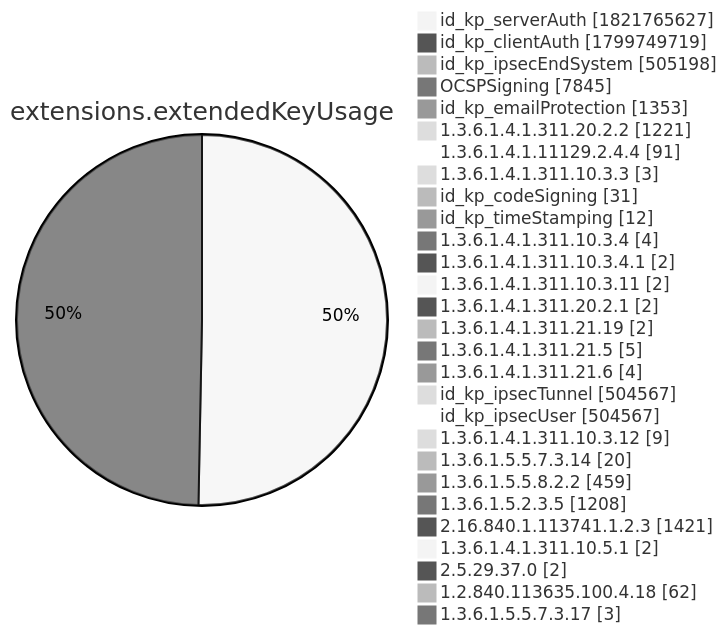
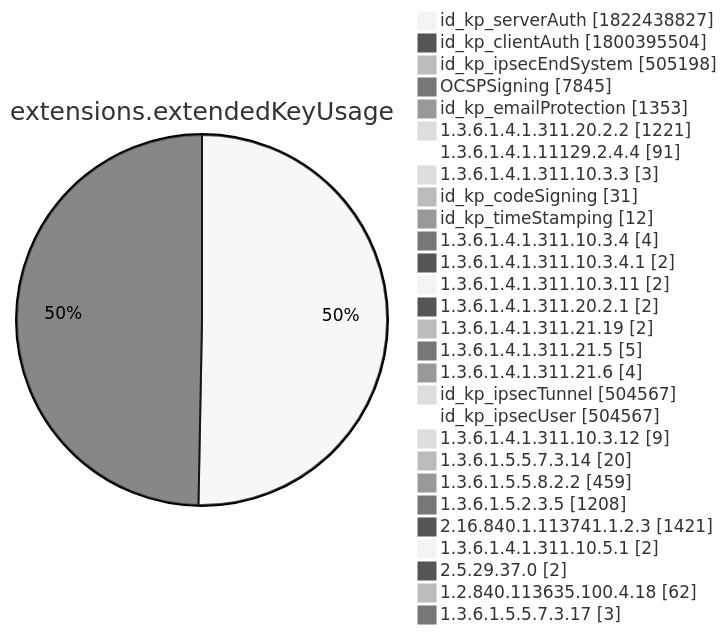
Before and after one commit to christiankrug/ctmonitor_visualization: diagram 12 of 15 in xenon2022/README.md, drawn with Mermaid (neutral theme). The commit also changed other lines of this file, not shown here.

````diff
--- a/xenon2022/README.md
+++ b/xenon2022/README.md
@@ -3895,32 +3895,32 @@
 ```mermaid
 pie showData
 title extensions.extendedKeyUsage
-"id_kp_serverAuth" :1821765627
-"id_kp_clientAuth" :1799749719
+"id_kp_serverAuth" :1822438827
+"id_kp_clientAuth" :1800395504
 "id_kp_ipsecEndSystem" :505198
 "OCSPSigning" :7845
 "id_kp_emailProtection" :1353
 "1.3.6.1.4.1.311.20.2.2" :1221
 "1.3.6.1.4.1.11129.2.4.4" :91
 "1.3.6.1.4.1.311.10.3.3" :3
 "id_kp_codeSigning" :31
 "id_kp_timeStamping" :12
 "1.3.6.1.4.1.311.10.3.4" :4
 "1.3.6.1.4.1.311.10.3.4.1" :2
 "1.3.6.1.4.1.311.10.3.11" :2
 "1.3.6.1.4.1.311.20.2.1" :2
 "1.3.6.1.4.1.311.21.19" :2
 "1.3.6.1.4.1.311.21.5" :5
 "1.3.6.1.4.1.311.21.6" :4
 "id_kp_ipsecTunnel" :504567
 "id_kp_ipsecUser" :504567
 "1.3.6.1.4.1.311.10.3.12" :9
 "1.3.6.1.5.5.7.3.14" :20
 "1.3.6.1.5.5.8.2.2" :459
 "1.3.6.1.5.2.3.5" :1208
 "2.16.840.1.113741.1.2.3" :1421
 "1.3.6.1.4.1.311.10.5.1" :2
 "2.5.29.37.0" :2
 "1.2.840.113635.100.4.18" :62
 "1.3.6.1.5.5.7.3.17" :3
 ```
````
